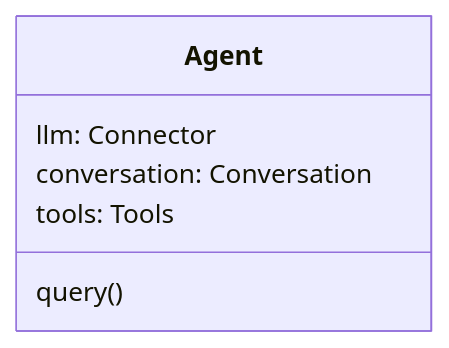
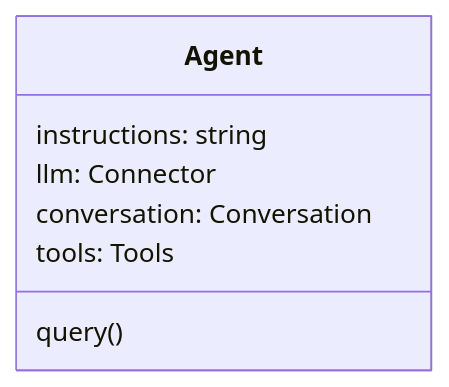
The diagram in design/architecture.md (maozy13/walle), drawn with Mermaid before and after one commit. The commit also changed other lines of this file and 5 other files, not shown here.

````diff
--- a/design/architecture.md
+++ b/design/architecture.md
@@ -9,11 +9,12 @@
 ```mermaid
 classDiagram
 
 class Agent {
+    instructions: string
     llm: Connector
     conversation: Conversation
     tools: Tools
     query()
 }
 
 ```
````
